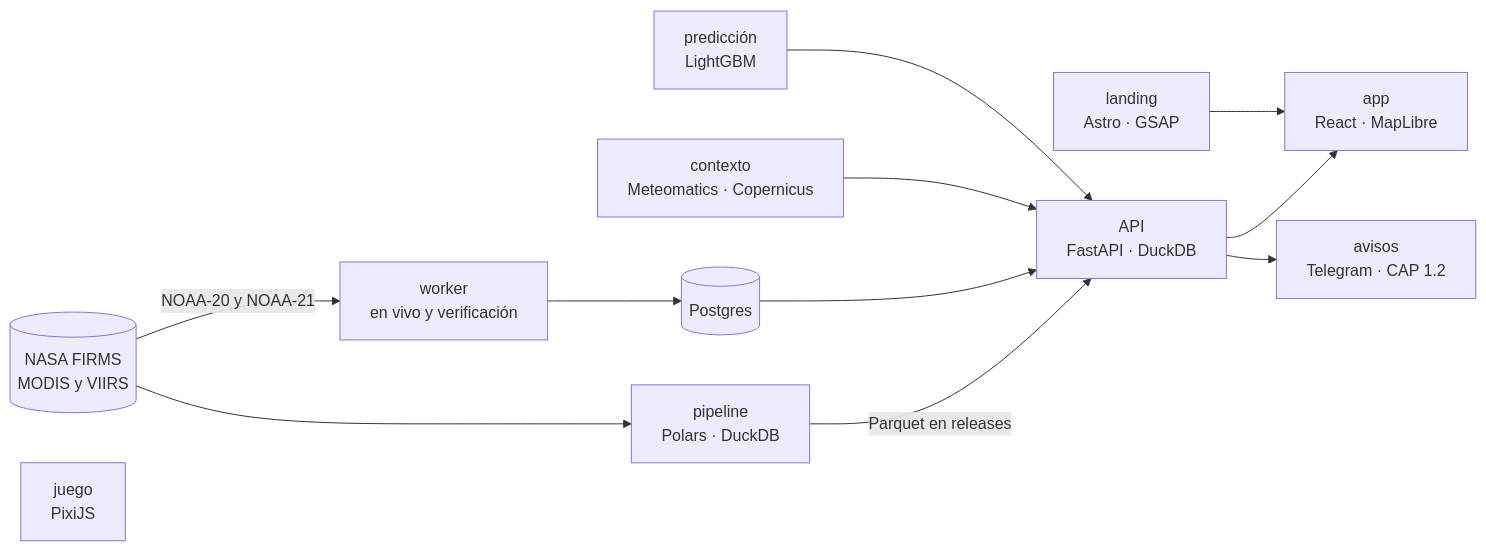
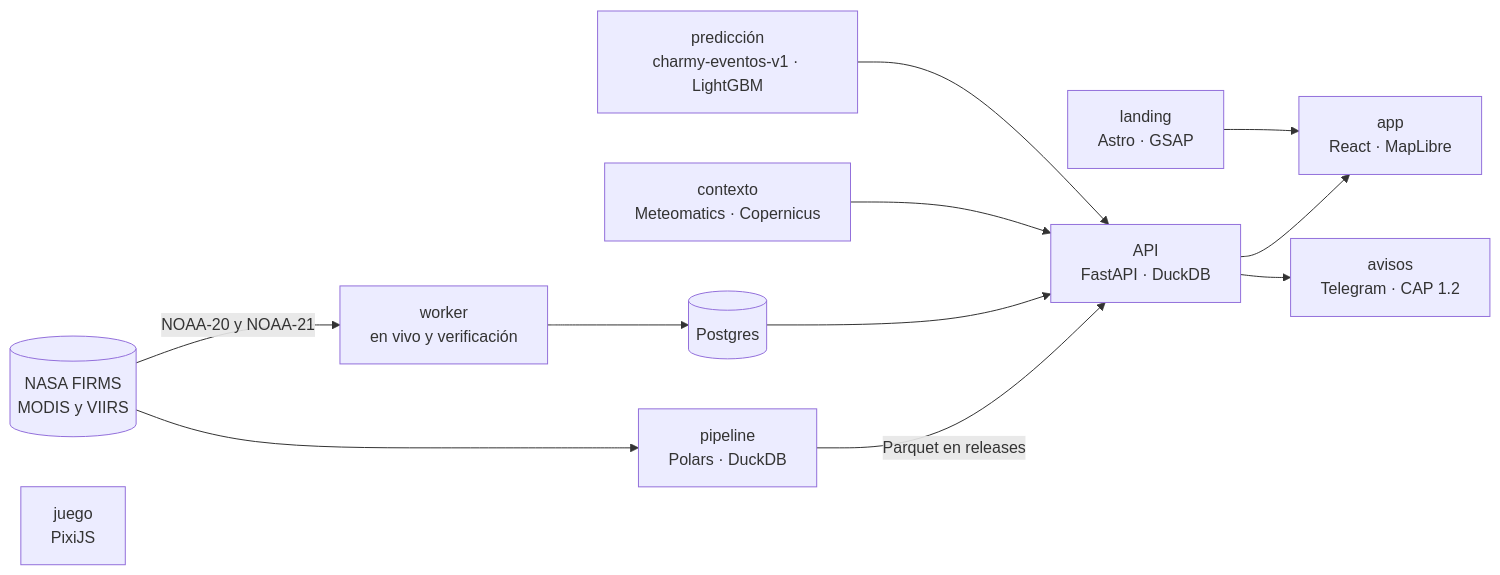
The diagram in README.md (cosmosnehu77/Charmy), drawn with Mermaid before and after one commit. The commit also changed other lines of this file and 1 other file, not shown here.

Commit message:
README al día: calendario con Estadísticas, charmy-eventos-v1, canales de Telegram y galería de Charmy (#400)

````diff
--- a/README.md
+++ b/README.md
@@ -147,14 +211,14 @@
 ```mermaid
 flowchart LR
   FIRMS[(NASA FIRMS<br/>MODIS y VIIRS)] --> P[pipeline<br/>Polars · DuckDB]
   P -- Parquet en releases --> API[API<br/>FastAPI · DuckDB]
   FIRMS -- NOAA-20 y NOAA-21 --> W[worker<br/>en vivo y verificación]
   W --> DB[(Postgres)]
   DB --> API
   CTX[contexto<br/>Meteomatics · Copernicus] --> API
-  PRED[predicción<br/>LightGBM] --> API
+  PRED[predicción<br/>charmy-eventos-v1 · LightGBM] --> API
   API --> APP[app<br/>React · MapLibre]
   API --> AL[avisos<br/>Telegram · CAP 1.2]
   LAND[landing<br/>Astro · GSAP] --> APP
   JUEGO[juego<br/>PixiJS]
 ```
````
